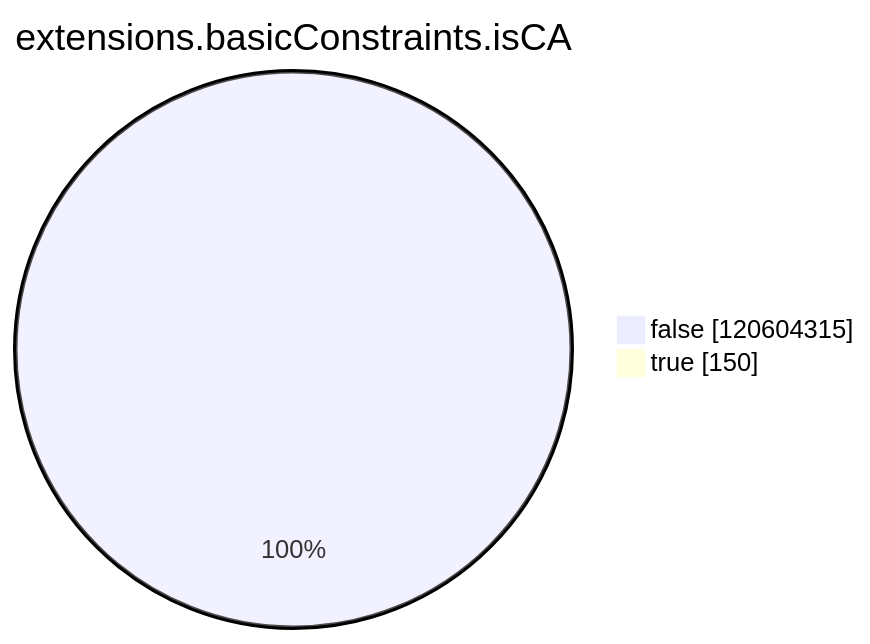
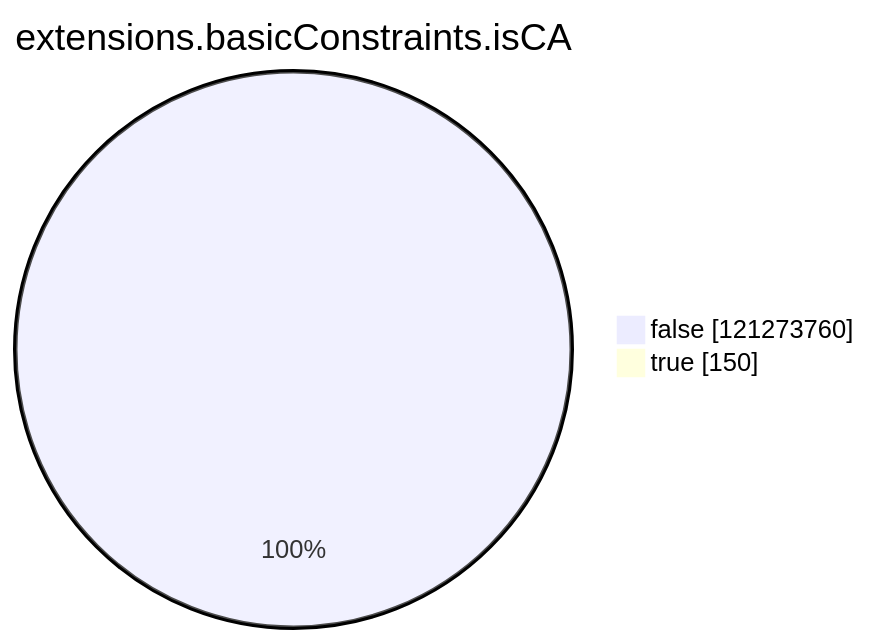
One commit to christiankrug/ctmonitor_visualization changed the seventh of 15 diagrams in xenon2023/README.md. Above: the diagram before and after it, drawn with Mermaid. The commit also changed other lines of this file, not shown here.

````diff
--- a/xenon2023/README.md
+++ b/xenon2023/README.md
@@ -2158,6 +2159,6 @@
 ```mermaid
 pie showData
 title extensions.basicConstraints.isCA
-"false" :120604315
+"false" :121273760
 "true" :150
 ```
````
